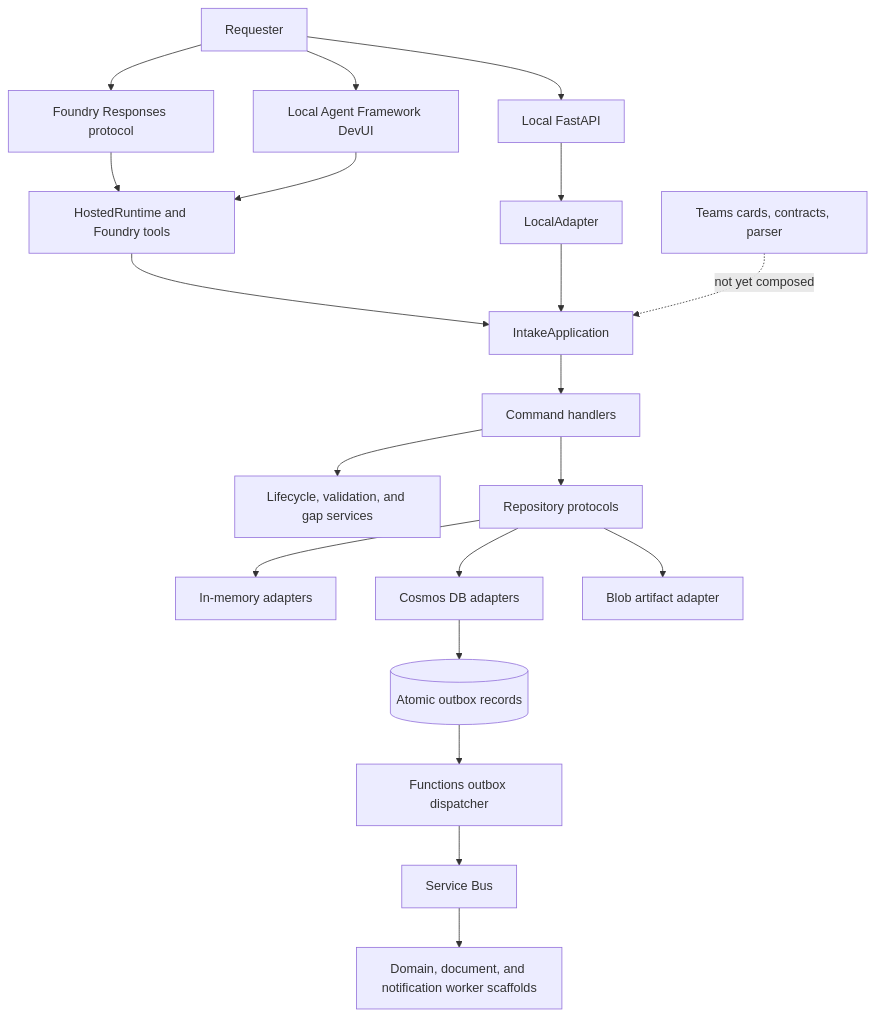
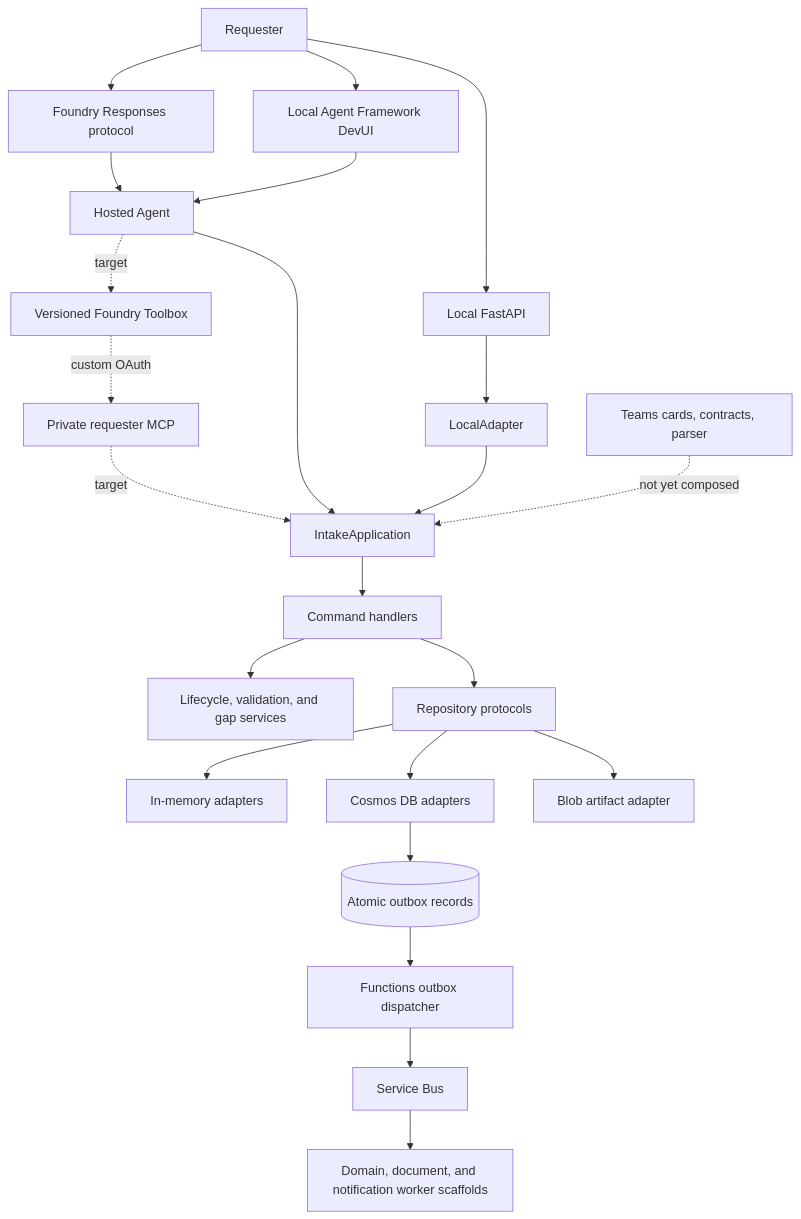
The first of 3 diagrams in docs/developer-guide.md (duongthaiha/intake-agent), drawn with Mermaid before and after one commit. The commit also changed other lines of this file and 46 other files, not shown here.

Commit message:
feat: extract requester tools to private MCP service

````diff
--- a/docs/developer-guide.md
+++ b/docs/developer-guide.md
@@ -79,30 +81,33 @@
 ```mermaid
 flowchart TD
     User[Requester]
 
     User --> Foundry[Foundry Responses protocol]
     User --> HTTP[Local FastAPI]
     User --> DevUI[Local Agent Framework DevUI]
 
-    Foundry --> Hosted[HostedRuntime and Foundry tools]
+    Foundry --> Hosted[Hosted Agent]
     DevUI --> Hosted
     HTTP --> Local[LocalAdapter]
 
-    Hosted --> App[IntakeApplication]
+    Hosted -. target .-> Toolbox[Versioned Foundry Toolbox]
+    Toolbox -. custom OAuth .-> MCP[Private requester MCP]
+    MCP -. target .-> App[IntakeApplication]
+    Hosted --> App
     Local --> App
 
     App --> Handlers[Command handlers]
     Handlers --> Services[Lifecycle, validation, and gap services]
     Handlers --> Ports[Repository protocols]
 
     Ports --> Memory[In-memory adapters]
     Ports --> Cosmos[Cosmos DB adapters]
     Ports --> Blob[Blob artifact adapter]
 
     Cosmos --> Outbox[(Atomic outbox records)]
     Outbox --> Dispatcher[Functions outbox dispatcher]
     Dispatcher --> Bus[Service Bus]
     Bus --> WorkerStubs[Domain, document, and notification worker scaffolds]
 
     Teams[Teams cards, contracts, parser] -. not yet composed .-> App
 ```
````
